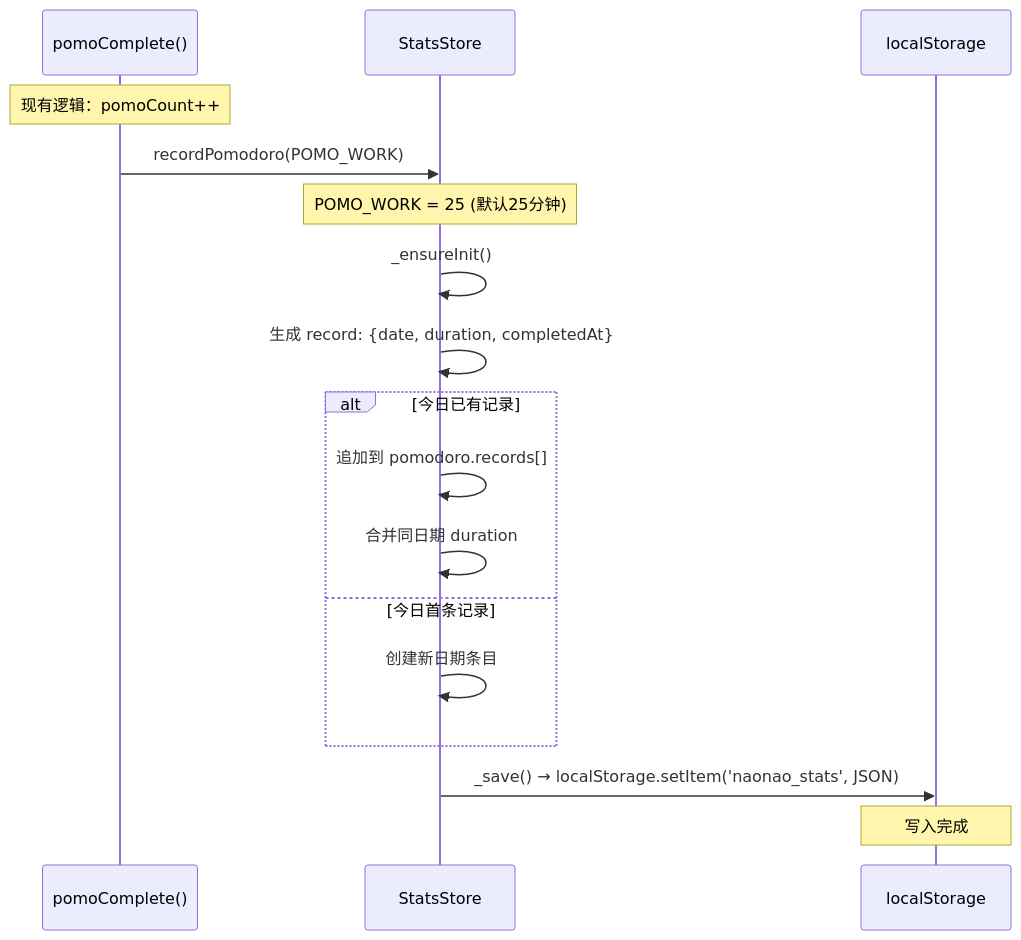
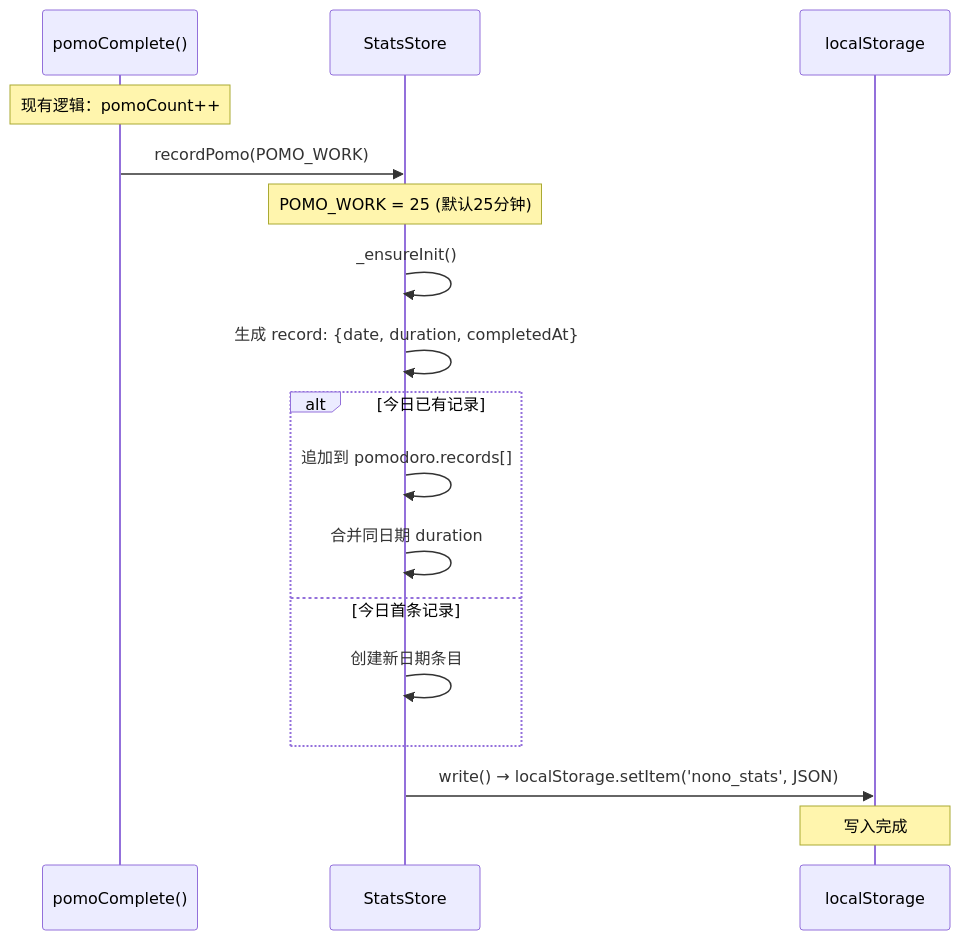
Before and after one commit to zcycharls/naonao: the third of 5 diagrams in docs/system_design.md, drawn with Mermaid. The commit also changed other lines of this file and 14 other files, not shown here.

````diff
--- a/docs/system_design.md
+++ b/docs/system_design.md
@@ -279,24 +240,24 @@
 ```mermaid
 sequenceDiagram
     participant Timer as pomoComplete()
     participant Store as StatsStore
     participant LS as localStorage
 
     Note over Timer: 现有逻辑：pomoCount++
 
-    Timer->>Store: recordPomodoro(POMO_WORK)
+    Timer->>Store: recordPomo(POMO_WORK)
     Note over Store: POMO_WORK = 25 (默认25分钟)
 
     Store->>Store: _ensureInit()
     Store->>Store: 生成 record: {date, duration, completedAt}
 
     alt 今日已有记录
         Store->>Store: 追加到 pomodoro.records[]
         Store->>Store: 合并同日期 duration
     else 今日首条记录
         Store->>Store: 创建新日期条目
     end
 
-    Store->>LS: _save() → localStorage.setItem('naonao_stats', JSON)
+    Store->>LS: write() → localStorage.setItem('nono_stats', JSON)
     Note over LS: 写入完成
 ```
````
